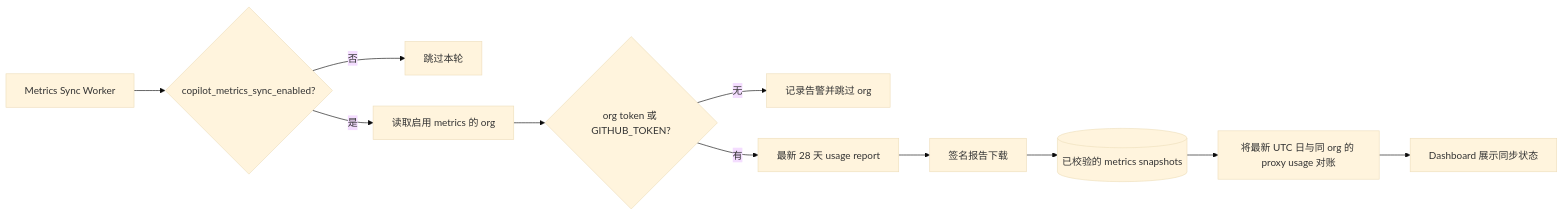
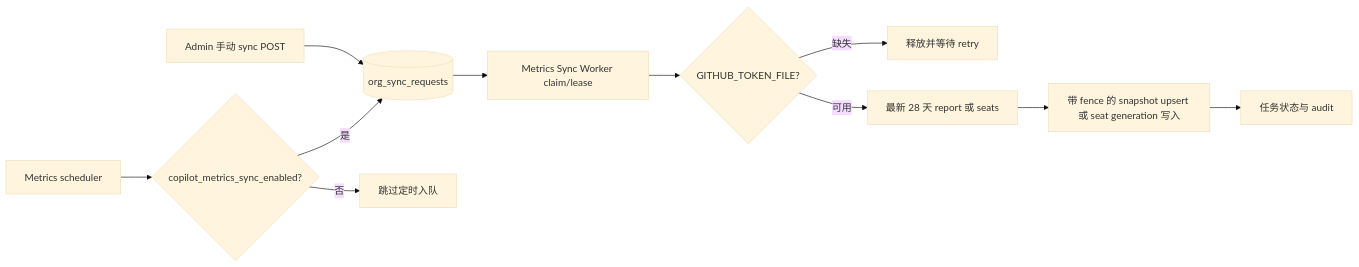
Before and after one commit to pczhao1210/ghcp-pool-proxy: the fifth of 6 diagrams in docs/architecture.zh.md, drawn with Mermaid (base theme). The commit also changed other lines of this file and 74 other files, not shown here.

````diff
--- a/docs/architecture.zh.md
+++ b/docs/architecture.zh.md
@@ -107,13 +114,13 @@
 ```mermaid
 flowchart LR
-  Worker["Metrics Sync Worker"] --> Flag{"copilot_metrics_sync_enabled?"}
-  Flag -->|"否"| Skip["跳过本轮"]
-  Flag -->|"是"| Orgs["读取启用 metrics 的 org"]
-  Orgs --> Token{"org token 或 GITHUB_TOKEN?"}
-  Token -->|"无"| Warn["记录告警并跳过 org"]
-  Token -->|"有"| GitHub["最新 28 天 usage report"]
-  GitHub --> Download["签名报告下载"]
-  Download --> Snapshot[(已校验的 metrics snapshots)]
-  Snapshot --> Reconcile["将最新 UTC 日与同 org 的 proxy usage 对账"]
-  Reconcile --> Dashboard["Dashboard 展示同步状态"]
+  Admin["Admin 手动 sync POST"] --> Queue[(org_sync_requests)]
+  Scheduler["Metrics scheduler"] --> Flag{"copilot_metrics_sync_enabled?"}
+  Flag -->|"是"| Queue
+  Flag -->|"否"| Skip["跳过定时入队"]
+  Queue --> Worker["Metrics Sync Worker claim/lease"]
+  Worker --> Token{"GITHUB_TOKEN_FILE?"}
+  Token -->|"缺失"| Retry["释放并等待 retry"]
+  Token -->|"可用"| GitHub["最新 28 天 report 或 seats"]
+  GitHub --> Commit["带 fence 的 snapshot upsert 或 seat generation 写入"]
+  Commit --> Dashboard["任务状态与 audit"]
 ```
````
